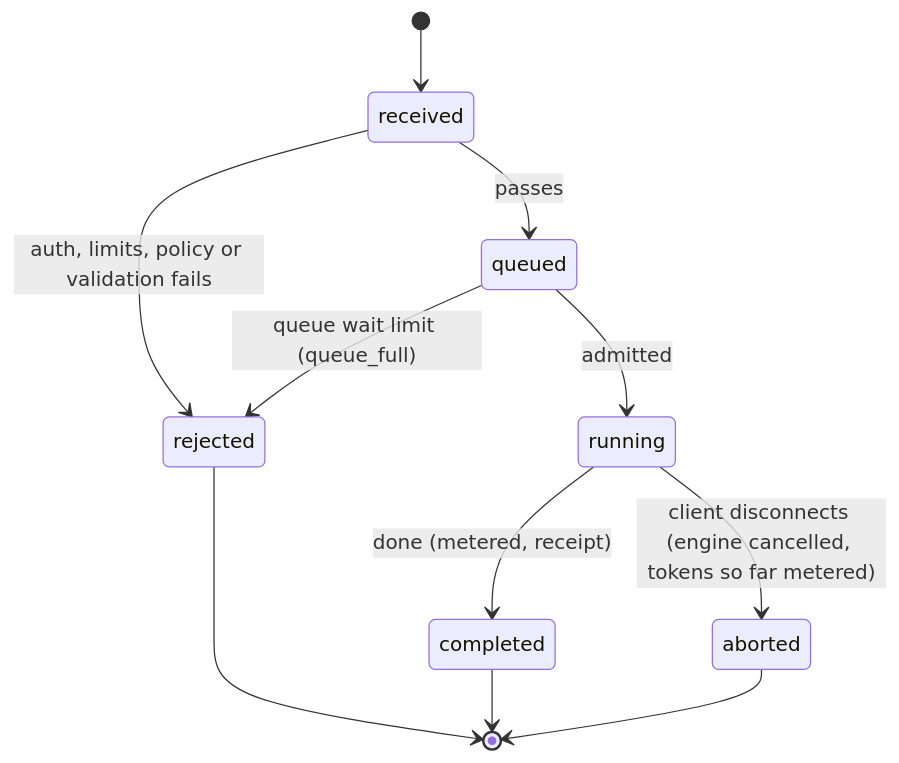
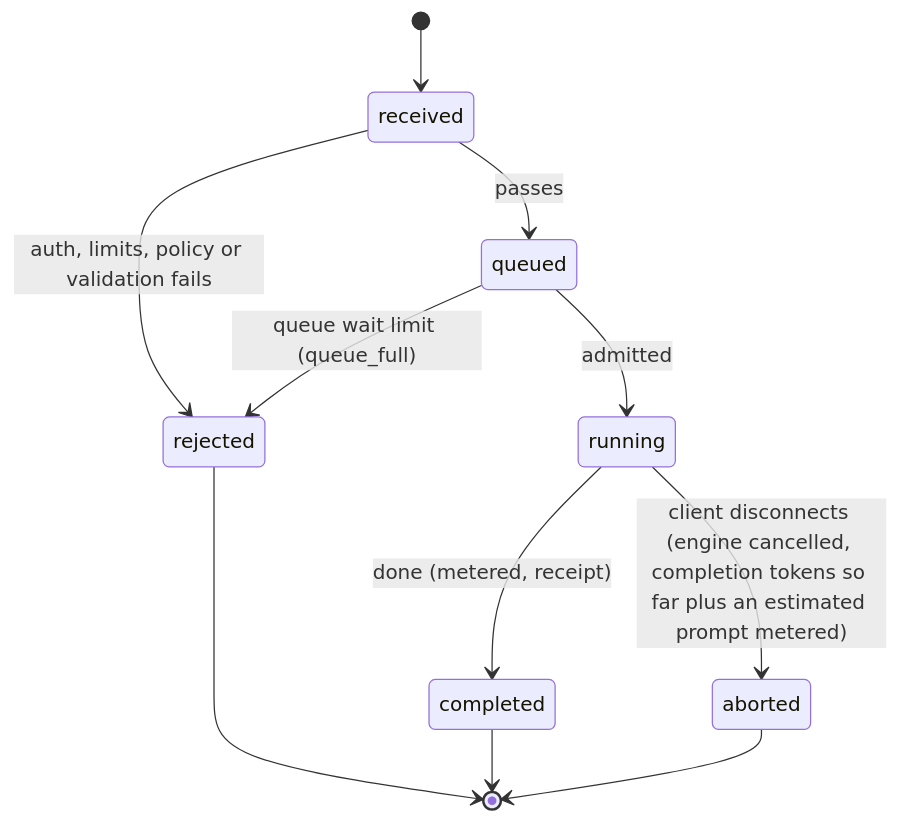
The third of 10 diagrams in docs/design_docs/lld.md (inCoderKaka/local-server), drawn with Mermaid before and after one commit. The commit also changed other lines of this file and 18 other files, not shown here.

First line of the commit message:
fix(platform): bill an estimated prompt count on an aborted call and mark it on the receipt (PLT-B-054; req_001 D-108, D-38, D-31, D-40)

````diff
--- a/docs/design_docs/lld.md
+++ b/docs/design_docs/lld.md
@@ -170,13 +170,13 @@
 ```mermaid
 stateDiagram-v2
   [*] --> received
   received --> rejected: auth, limits, policy or validation fails
   received --> queued: passes
   queued --> rejected: queue wait limit (queue_full)
   queued --> running: admitted
   running --> completed: done (metered, receipt)
-  running --> aborted: client disconnects (engine cancelled, tokens so far metered)
+  running --> aborted: client disconnects (engine cancelled, completion tokens so far plus an estimated prompt metered)
   rejected --> [*]
   completed --> [*]
   aborted --> [*]
 ```
````
